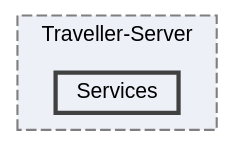
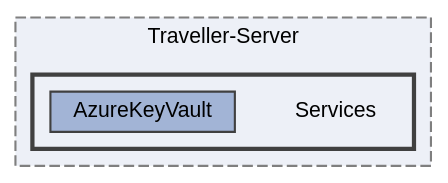
The diagram in Servidor/dir_e522157bd9687f8c5d7f8a6f42d8043e_dep.dot (VenelinArgirov/manual-tecnico.github.io), drawn with Graphviz before and after one commit. The commit also changed 539 other files, not shown here.

```diff
--- a/Servidor/dir_e522157bd9687f8c5d7f8a6f42d8043e_dep.dot
+++ b/Servidor/dir_e522157bd9687f8c5d7f8a6f42d8043e_dep.dot
@@ -1,12 +1,16 @@
 digraph "E:/Users/venel/Desktop/TravellerV2/traveller/Traveller-Server/Services"
 {
  // LATEX_PDF_SIZE
   bgcolor="transparent";
   edge [fontname=Helvetica,fontsize=10,labelfontname=Helvetica,labelfontsize=10];
   node [fontname=Helvetica,fontsize=10,shape=box,height=0.2,width=0.4];
   compound=true
   subgraph clusterdir_ed192440a2dd0f1688028b93feb9c1fd {
     graph [ bgcolor="#edf0f7", pencolor="grey50", label="Traveller-Server", fontname=Helvetica,fontsize=10 style="filled,dashed", URL="dir_ed192440a2dd0f1688028b93feb9c1fd.html",tooltip=""]
-  dir_e522157bd9687f8c5d7f8a6f42d8043e [label="Services", fillcolor="#edf0f7", color="grey25", style="filled,bold", URL="dir_e522157bd9687f8c5d7f8a6f42d8043e.html",tooltip=""];
+  subgraph clusterdir_e522157bd9687f8c5d7f8a6f42d8043e {
+    graph [ bgcolor="#edf0f7", pencolor="grey25", label="", fontname=Helvetica,fontsize=10 style="filled,bold", URL="dir_e522157bd9687f8c5d7f8a6f42d8043e.html",tooltip=""]
+    dir_e522157bd9687f8c5d7f8a6f42d8043e [shape=plaintext, label="Services"];
+  dir_c6a819790969a79caef6e932fbd65890 [label="AzureKeyVault", fillcolor="#a2b4d6", color="grey25", style="filled", URL="dir_c6a819790969a79caef6e932fbd65890.html",tooltip=""];
+  }
   }
 }
```
